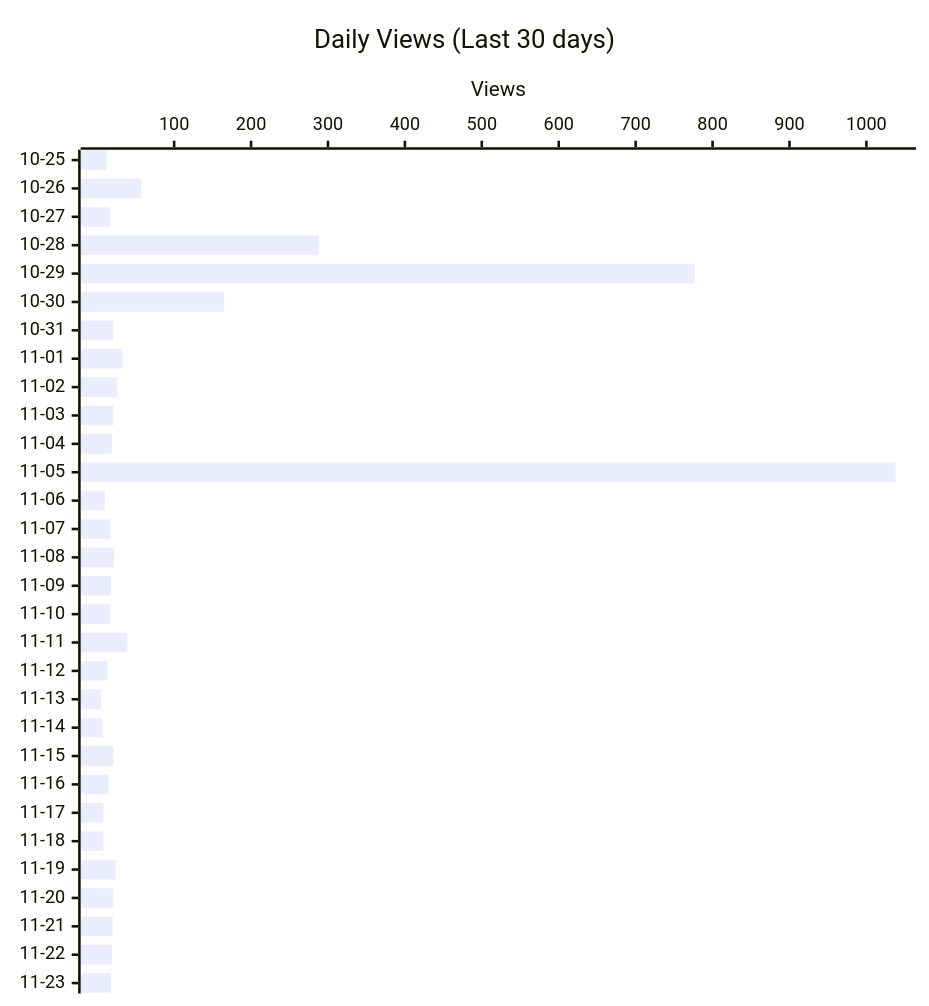
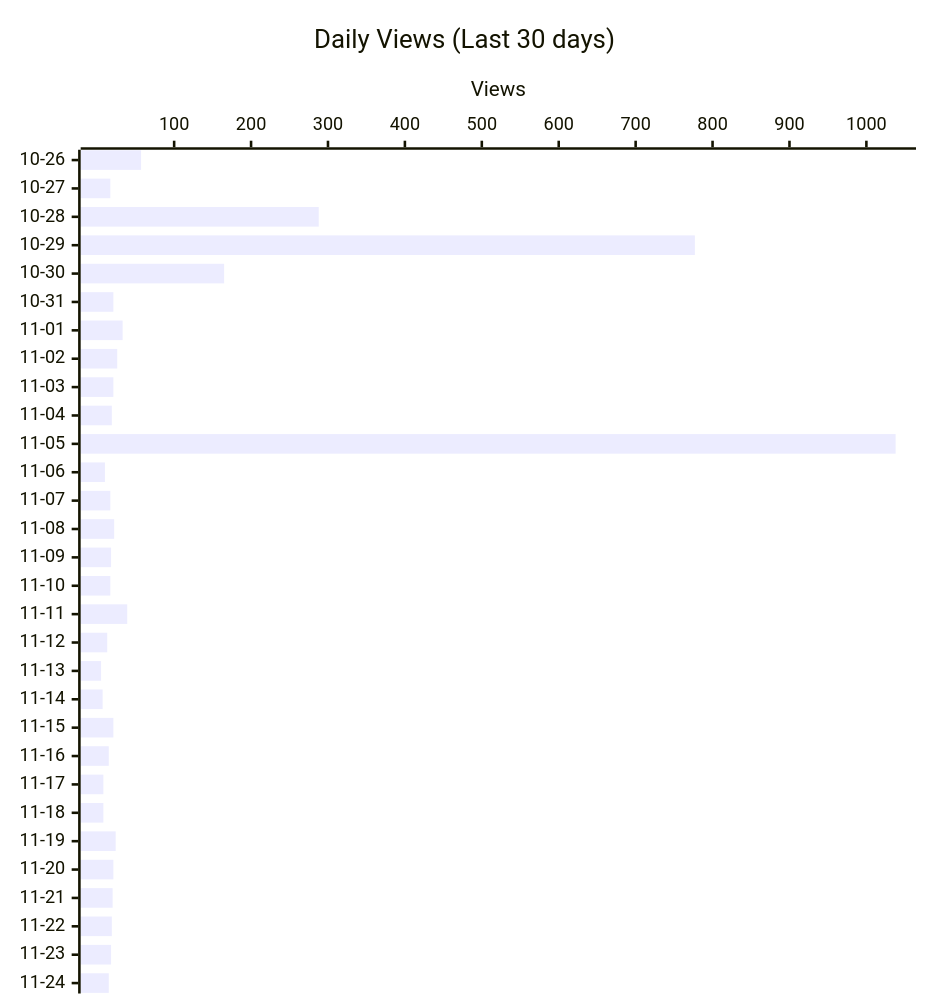
One commit to shigechika/github-insights changed the second of 4 diagrams in README.md. Above: the diagram before and after it, drawn with Mermaid. The commit also changed other lines of this file and 1 other file, not shown here.

````diff
--- a/README.md
+++ b/README.md
@@ -28,12 +28,12 @@
 ```mermaid
 ---
 config:
   xyChart:
     height: 760
 ---
 xychart-beta horizontal
     title "Daily Views (Last 30 days)"
-    x-axis ["10-25", "10-26", "10-27", "10-28", "10-29", "10-30", "10-31", "11-01", "11-02", "11-03", "11-04", "11-05", "11-06", "11-07", "11-08", "11-09", "11-10", "11-11", "11-12", "11-13", "11-14", "11-15", "11-16", "11-17", "11-18", "11-19", "11-20", "11-21", "11-22", "11-23"]
+    x-axis ["10-26", "10-27", "10-28", "10-29", "10-30", "10-31", "11-01", "11-02", "11-03", "11-04", "11-05", "11-06", "11-07", "11-08", "11-09", "11-10", "11-11", "11-12", "11-13", "11-14", "11-15", "11-16", "11-17", "11-18", "11-19", "11-20", "11-21", "11-22", "11-23", "11-24"]
     y-axis "Views"
-    bar [12, 57, 17, 288, 777, 165, 21, 33, 26, 21, 19, 1038, 10, 17, 22, 18, 17, 39, 13, 5, 7, 21, 15, 8, 8, 24, 21, 20, 19, 18]
+    bar [57, 17, 288, 777, 165, 21, 33, 26, 21, 19, 1038, 10, 17, 22, 18, 17, 39, 13, 5, 7, 21, 15, 8, 8, 24, 21, 20, 19, 18, 15]
 ```
````
